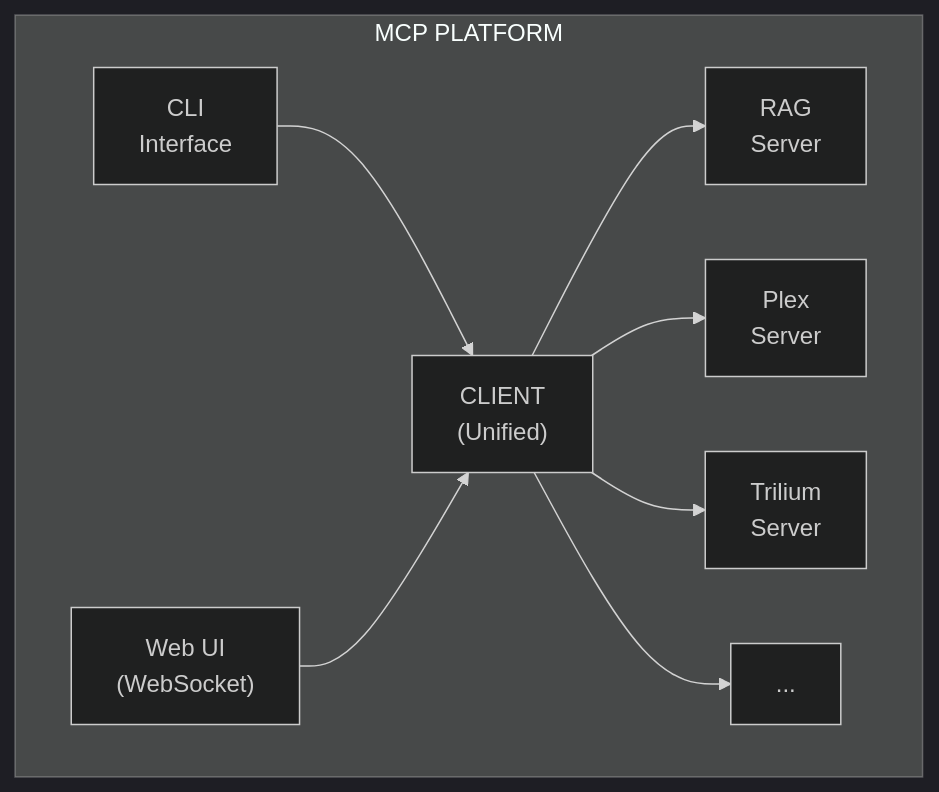
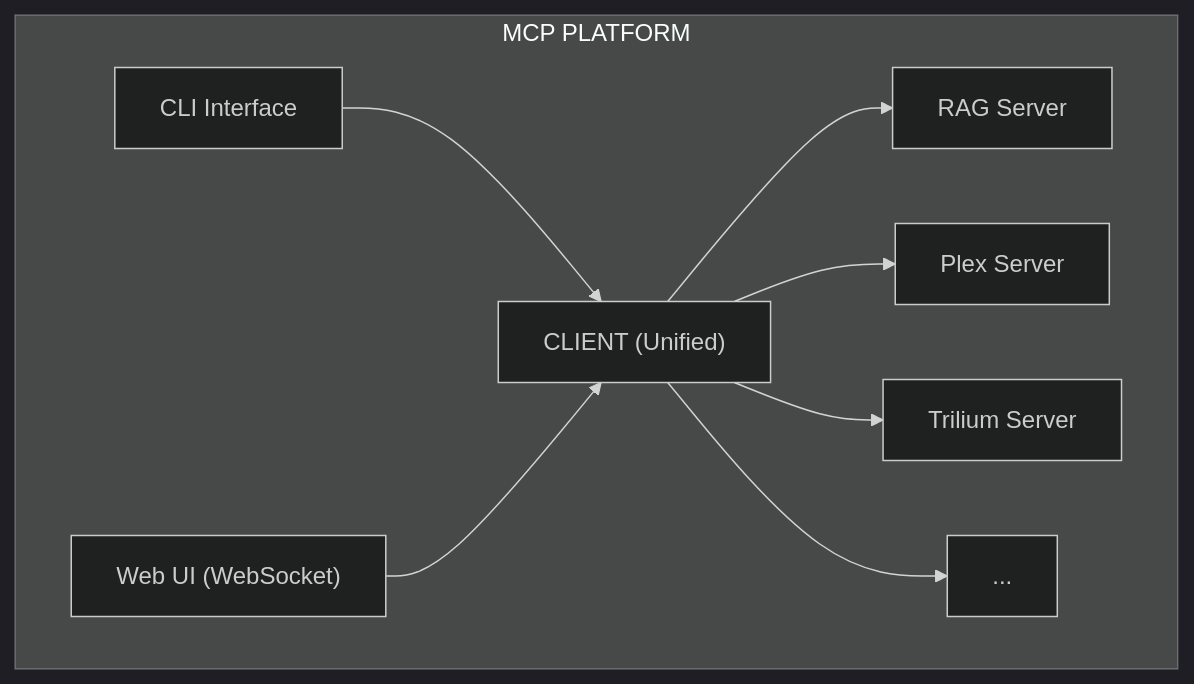
One commit to MichaelYagi/mcp-platform changed the diagram in docs/mcp_platform.md. Above: the diagram before and after it, drawn with Mermaid (dark theme).

Commit message:
Tweaking docs

````diff
--- a/docs/mcp_platform.md
+++ b/docs/mcp_platform.md
@@ -7,19 +7,19 @@
 ```mermaid
 graph TD
     subgraph MCP_PLATFORM["MCP PLATFORM"]
-        CLI["CLI\nInterface"]
-        WebUI["Web UI\n(WebSocket)"]
-        CLIENT["CLIENT\n(Unified)"]
-        RAG["RAG\nServer"]
-        Plex["Plex\nServer"]
-        Trilium["Trilium\nServer"]
+        CLI["CLI Interface"]
+        WebUI["Web UI (WebSocket)"]
+        CLIENT["CLIENT (Unified)"]
+        RAG["RAG Server"]
+        Plex["Plex Server"]
+        Trilium["Trilium Server"]
         MORE["..."]
 
         CLI --> CLIENT
         WebUI --> CLIENT
         CLIENT --> RAG
         CLIENT --> Plex
         CLIENT --> Trilium
         CLIENT --> MORE
     end
 ```
````
